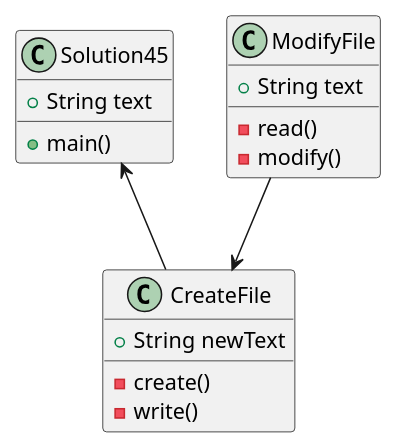
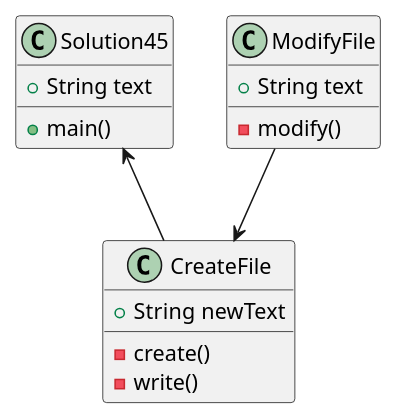
Before and after one commit to J-Caques/caques-a04: the diagram in exercise45/docs/WordFinder.puml, drawn with PlantUML. The commit also changed 3 other files, not shown here.

```diff
--- a/exercise45/docs/WordFinder.puml
+++ b/exercise45/docs/WordFinder.puml
@@ -1,24 +1,23 @@
 @startuml
 'https://plantuml.com/class-diagram
 class Solution45{
     +String text
     +main()
 
 }
 
 class ModifyFile{
     +String text
-    -read()
     -modify()
 }
 
 class CreateFile{
     +String newText
     -create()
     -write()
 }
 
 Solution45 <-- CreateFile
 ModifyFile --> CreateFile
 
 @enduml
```
